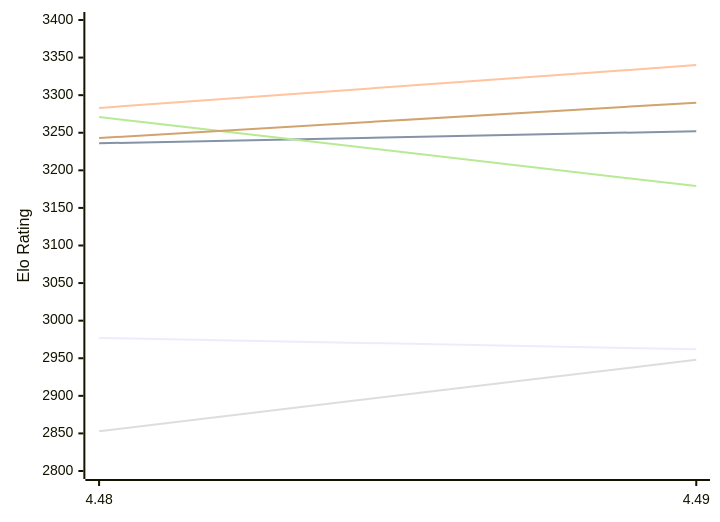
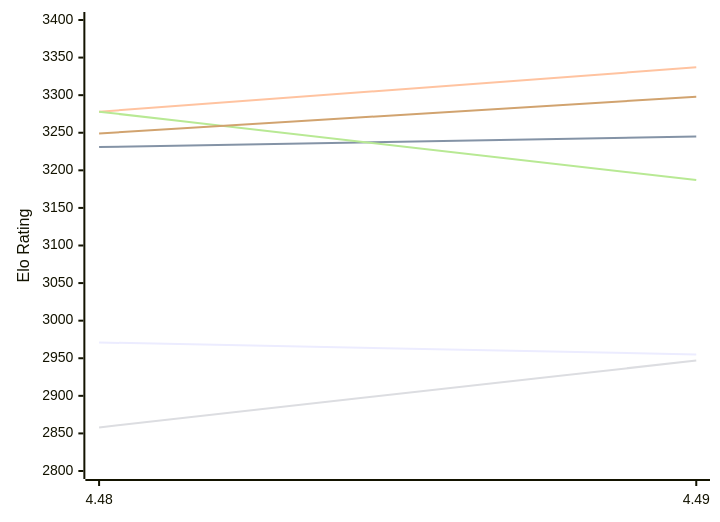
The first of 2 diagrams in engines/Cheng4.md (computer-chess-index/cci), drawn with Mermaid before and after one commit. The commit also changed other lines of this file, not shown here.

Commit message:
Update CCI Ratings (ELO VLTC) - 2026-11-18

````diff
--- a/engines/Cheng4.md
+++ b/engines/Cheng4.md
@@ -50,12 +50,12 @@
 ```mermaid
 %%{init: {"theme":"base","themeVariables":{"seriesColors:['#a3a3a3','#222221','#faa371']}}}%%
 xychart-beta
   x-axis ["4.48", "4.49"]
   y-axis "Elo Rating" 2800 --> 3400
-  line "E1: STC (8.0+0.08s)" [2977, 2962]
-  line "E1: LTC (60.0+0.60s)" [3236, 3252]
-  line "E1: VLTC (2m24s+1.12s)" [3283, 3340]
-  line "P1: STC (8.0+0.08s)" [2853, 2948]
-  line "P1: LTC (60.0+0.60s)" [3271, 3179]
-  line "P1: VLTC (2m24s+1.12s)" [3243, 3290]
+  line "E1: STC (8.0+0.08s)" [2971, 2955]
+  line "E1: LTC (60.0+0.60s)" [3231, 3245]
+  line "E1: VLTC (2m24s+1.12s)" [3278, 3337]
+  line "P1: STC (8.0+0.08s)" [2858, 2947]
+  line "P1: LTC (60.0+0.60s)" [3278, 3187]
+  line "P1: VLTC (2m24s+1.12s)" [3249, 3298]
 ```
````
